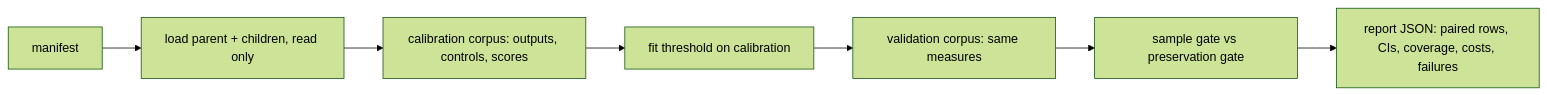
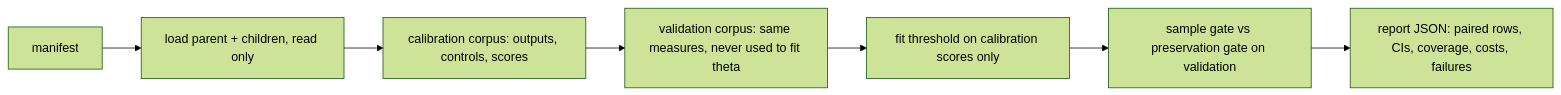
The diagram in docs/archive/pr-summaries/pr-summary-264.md (stSoftwareAU/NEAT-AI-Ockham), drawn with Mermaid (forest theme) before and after one commit. The commit also changed other lines of this file and 6 other files, not shown here.

````diff
--- a/docs/archive/pr-summaries/pr-summary-264.md
+++ b/docs/archive/pr-summaries/pr-summary-264.md
@@ -34,9 +35,9 @@
 ```mermaid
 flowchart LR
     M[manifest] --> L[load parent + children, read only]
     L --> C[calibration corpus: outputs, controls, scores]
-    C --> T[fit threshold on calibration]
-    T --> V[validation corpus: same measures]
-    V --> G[sample gate vs preservation gate]
+    C --> V[validation corpus: same measures, never used to fit theta]
+    V --> T[fit threshold on calibration scores only]
+    T --> G[sample gate vs preservation gate on validation]
     G --> R[report JSON: paired rows, CIs, coverage, costs, failures]
 ```
````
